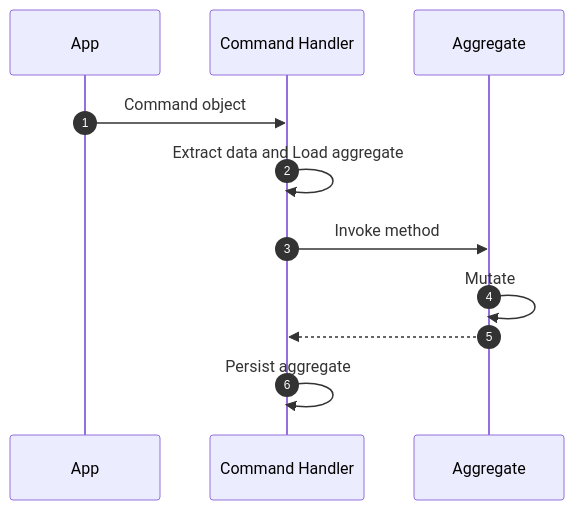
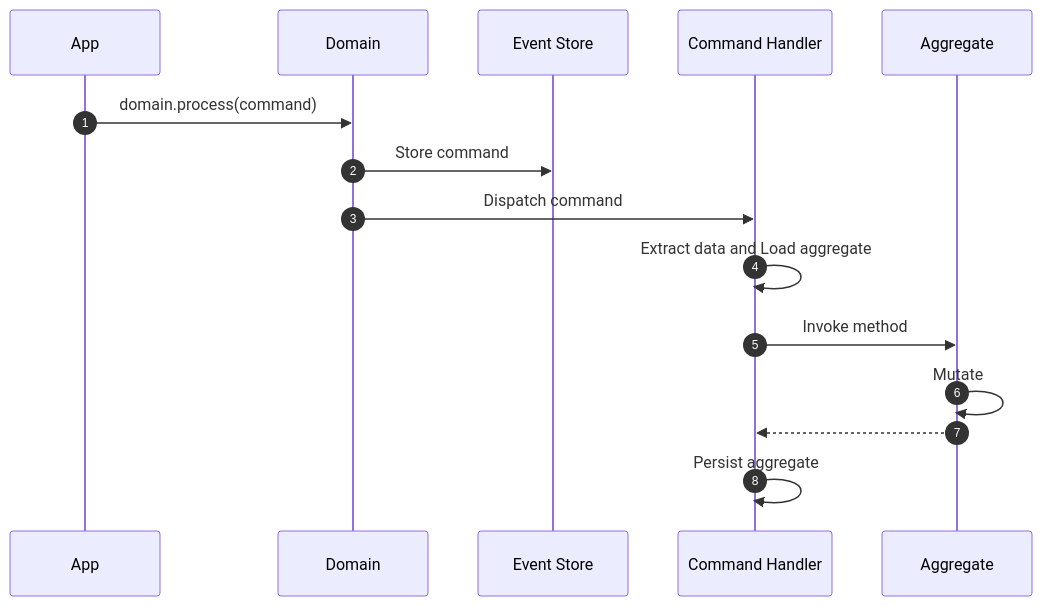
The diagram in docs/guides/change-state/command-handlers.md (proteanhq/protean), drawn with Mermaid before and after one commit. The commit also changed other lines of this file and 10 other files, not shown here.

````diff
--- a/docs/guides/change-state/command-handlers.md
+++ b/docs/guides/change-state/command-handlers.md
@@ -42,10 +63,12 @@
     ```mermaid
     sequenceDiagram
       autonumber
-      App->>Command Handler: Command object
+      App->>Domain: domain.process(command)
+      Domain->>Event Store: Store command
+      Domain->>Command Handler: Dispatch command
       Command Handler->>Command Handler: Extract data and Load aggregate
       Command Handler->>Aggregate: Invoke method
       Aggregate->>Aggregate: Mutate
-      Aggregate-->>Command Handler: 
+      Aggregate-->>Command Handler:
       Command Handler->>Command Handler: Persist aggregate
     ```
````
